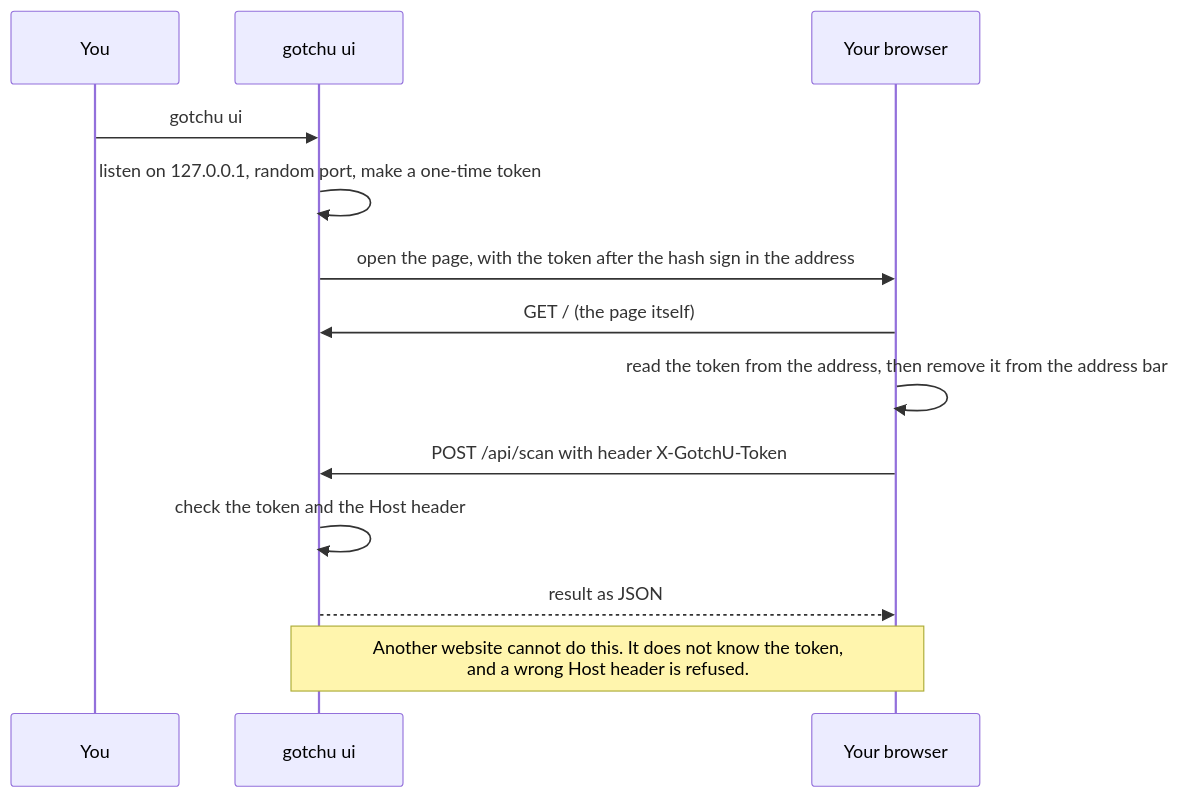
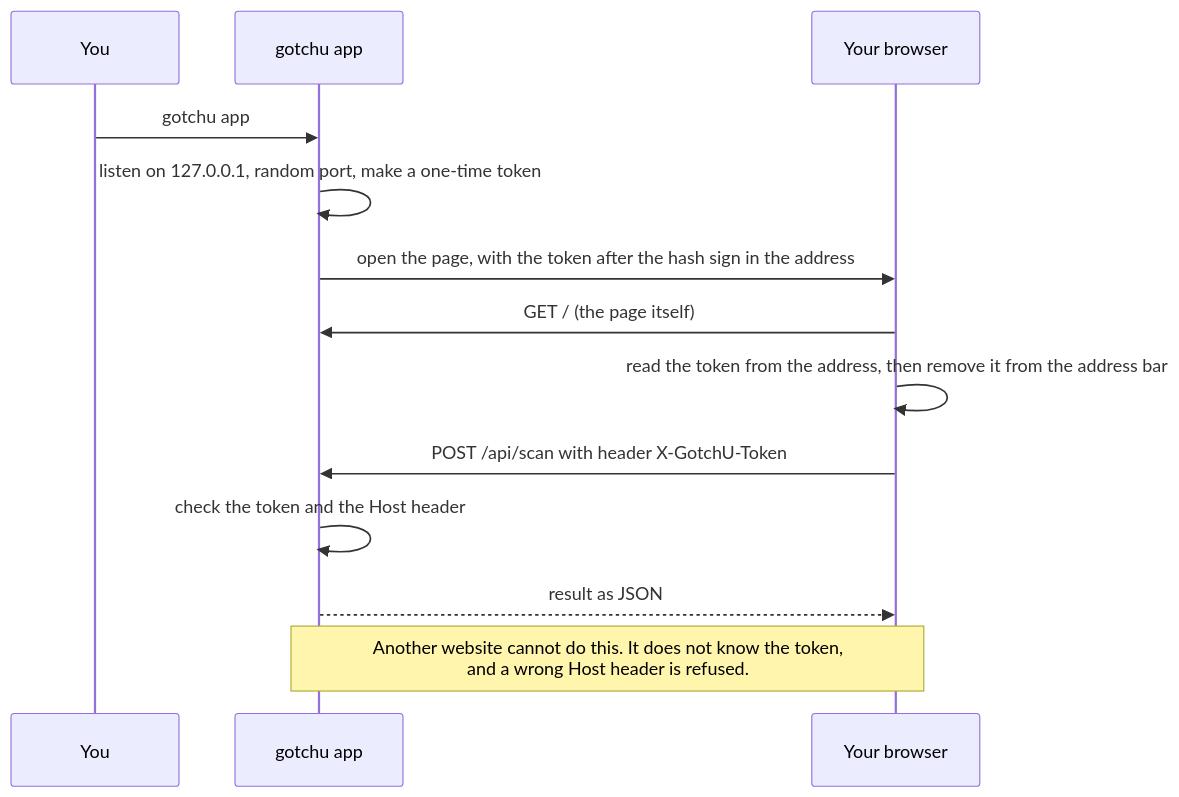
One commit to AnshMittal08/GotchU changed the third of 7 diagrams in docs/ARCHITECTURE.md. Above: the diagram before and after it, drawn with Mermaid. The commit also changed other lines of this file and 27 other files, not shown here.

````diff
--- a/docs/ARCHITECTURE.md
+++ b/docs/ARCHITECTURE.md
@@ -109,15 +109,15 @@
 ```mermaid
 sequenceDiagram
     participant U as You
-    participant G as gotchu ui
+    participant G as gotchu app
     participant B as Your browser
-    U->>G: gotchu ui
+    U->>G: gotchu app
     G->>G: listen on 127.0.0.1, random port, make a one-time token
     G->>B: open the page, with the token after the hash sign in the address
     B->>G: GET / (the page itself)
     B->>B: read the token from the address, then remove it from the address bar
     B->>G: POST /api/scan with header X-GotchU-Token
     G->>G: check the token and the Host header
     G-->>B: result as JSON
     Note over G,B: Another website cannot do this. It does not know the token,<br/>and a wrong Host header is refused.
 ```
````
